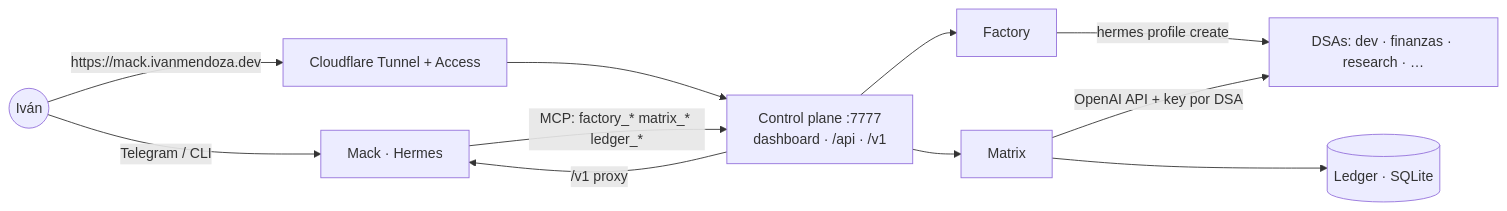
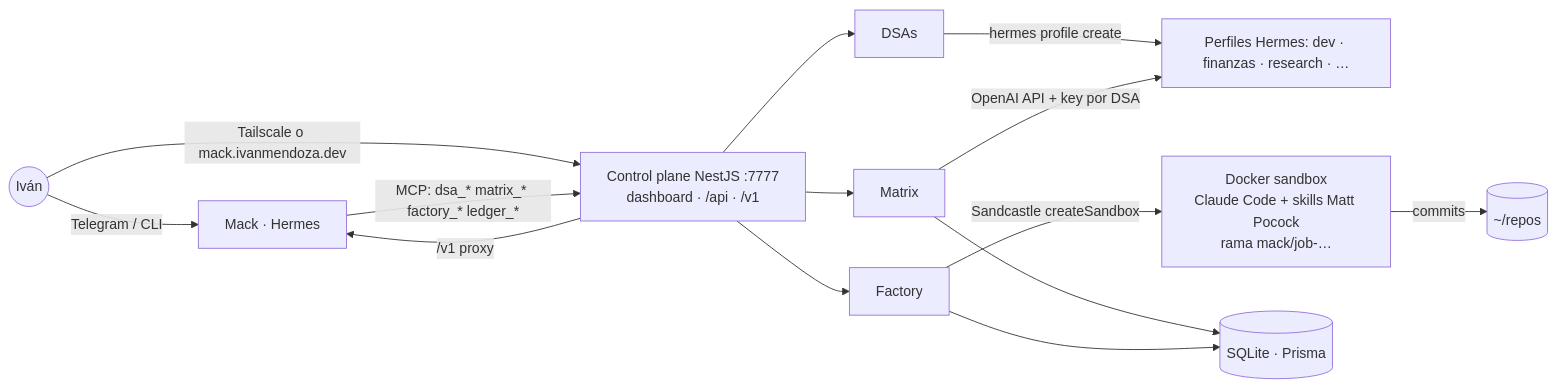
Before and after one commit to ivansmb11/mack: the diagram in README.md, drawn with Mermaid. The commit also changed other lines of this file and 85 other files, not shown here.

First line of the commit message:
Move to NestJS + Prisma and build the Factory on Sandcastle

````diff
--- a/README.md
+++ b/README.md
@@ -14,11 +14,12 @@
 ```mermaid
 flowchart LR
   you((Iván)) -->|Telegram / CLI| mack[Mack · Hermes]
-  you -->|https://mack.ivanmendoza.dev| cf[Cloudflare Tunnel + Access]
-  cf --> cp[Control plane :7777<br/>dashboard · /api · /v1]
+  you -->|Tailscale o mack.ivanmendoza.dev| cp[Control plane NestJS :7777<br/>dashboard · /api · /v1]
   cp -->|/v1 proxy| mack
-  mack -->|MCP: factory_* matrix_* ledger_*| cp
-  cp --> factory[Factory] -->|hermes profile create| dsas
-  cp --> matrix[Matrix] -->|OpenAI API + key por DSA| dsas[DSAs: dev · finanzas · research · …]
-  matrix --> ledger[(Ledger · SQLite)]
+  mack -->|MCP: dsa_* matrix_* factory_* ledger_*| cp
+  cp --> dsa[DSAs] -->|hermes profile create| profiles[Perfiles Hermes: dev · finanzas · research · …]
+  cp --> matrix[Matrix] -->|OpenAI API + key por DSA| profiles
+  cp --> factory[Factory] -->|Sandcastle createSandbox| docker[Docker sandbox<br/>Claude Code + skills Matt Pocock<br/>rama mack/job-…]
+  docker -->|commits| repos[(~/repos)]
+  matrix & factory --> db[(SQLite · Prisma)]
 ```
````
